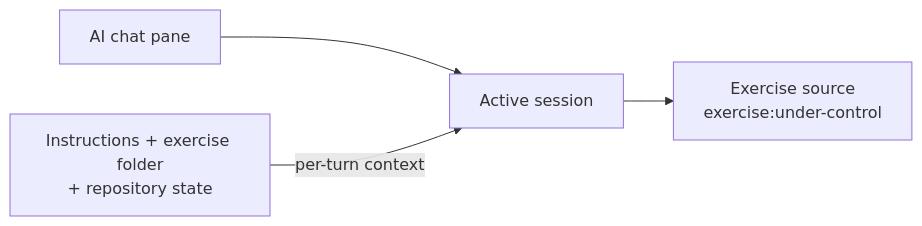
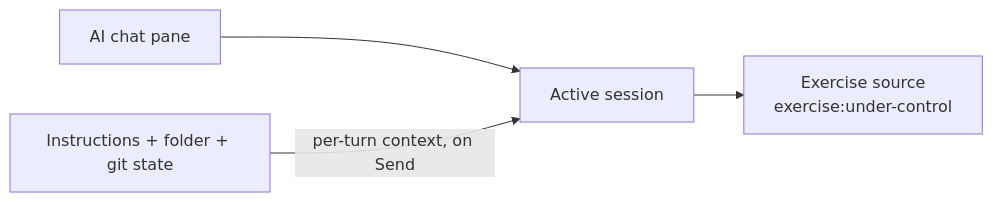
The second of 3 diagrams in docs/architecture/ai-chat-sources.md (git-mastery/git-mastery-desktop), drawn with Mermaid before and after one commit. The commit also changed other lines of this file and 10 other files, not shown here.

````diff
--- a/docs/architecture/ai-chat-sources.md
+++ b/docs/architecture/ai-chat-sources.md
@@ -28,6 +28,6 @@
 ```mermaid
 flowchart LR
     P["AI chat pane"] --> S["Active session"]
     S --> E["Exercise source<br/>exercise:under-control"]
-    EC["Instructions + exercise folder<br/>+ repository state"] -->|per-turn context| S
+    EC["Instructions + folder + git state"] -->|per-turn context, on Send| S
 ```
````
